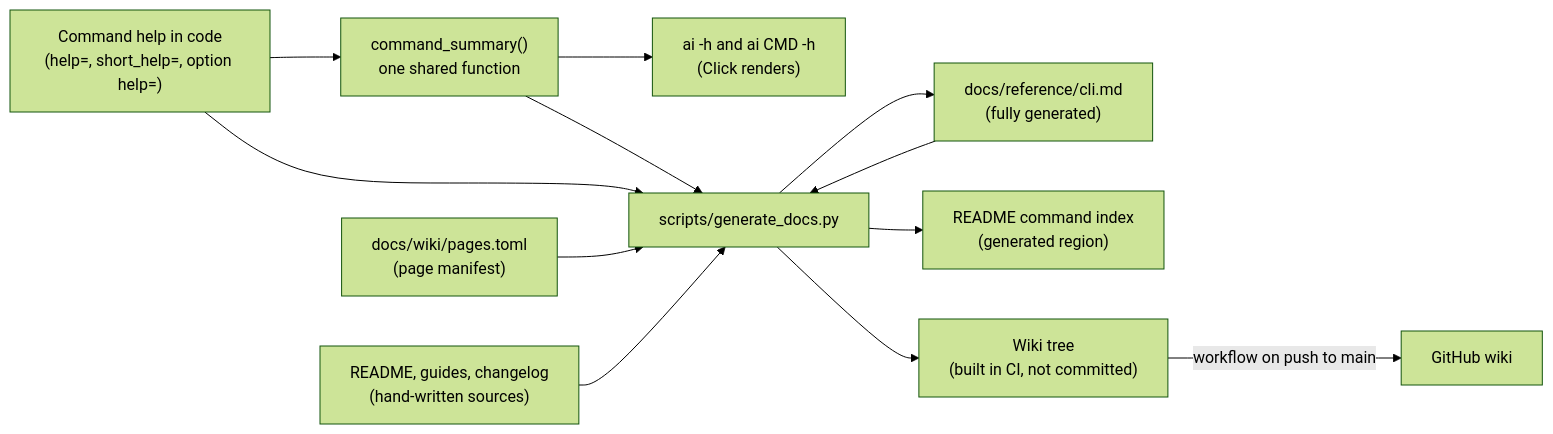
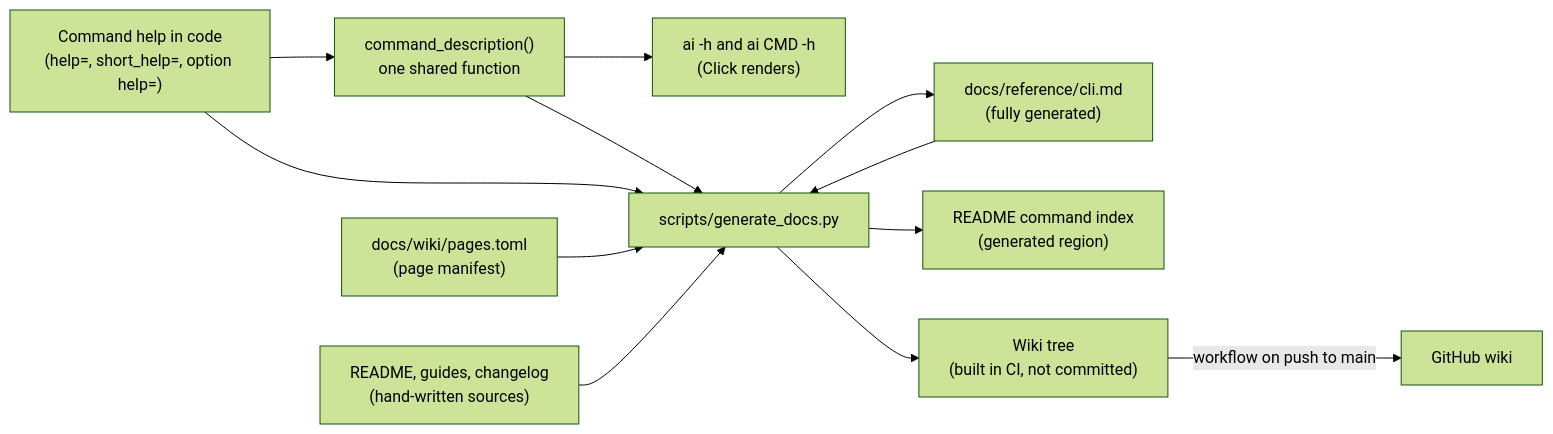
The diagram in docs/designs/single-source-cli-docs.md (sergeiwallace/ai-cli-utils), drawn with Mermaid (forest theme) before and after one commit. The commit also changed other lines of this file and 1 other file, not shown here.

````diff
--- a/docs/designs/single-source-cli-docs.md
+++ b/docs/designs/single-source-cli-docs.md
@@ -134,24 +129,24 @@
 ```mermaid
 flowchart LR
     src["Command help in code<br/>(help=, short_help=, option help=)"]
-    sum["command_summary()<br/>one shared function"]
+    sum["command_description()<br/>one shared function"]
     help["ai -h and ai CMD -h<br/>(Click renders)"]
     gen["scripts/generate_docs.py"]
     ref["docs/reference/cli.md<br/>(fully generated)"]
     idx["README command index<br/>(generated region)"]
     docs["README, guides, changelog<br/>(hand-written sources)"]
     man["docs/wiki/pages.toml<br/>(page manifest)"]
     wiki["Wiki tree<br/>(built in CI, not committed)"]
     gh["GitHub wiki"]
     src --> sum
     sum --> help
     sum --> gen
     src --> gen
     gen --> ref
     gen --> idx
     man --> gen
     docs --> gen
     ref --> gen
     gen --> wiki
     wiki -->|"workflow on push to main"| gh
 ```
````
